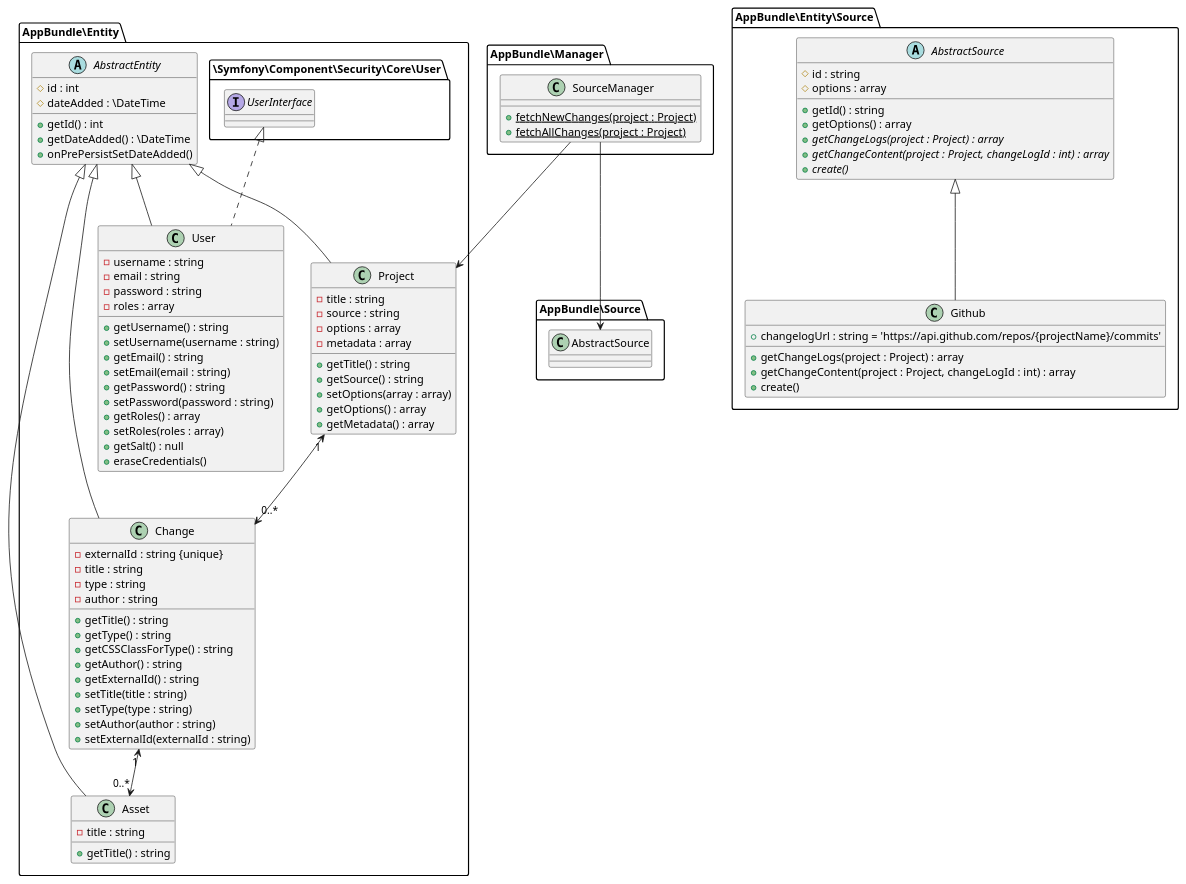
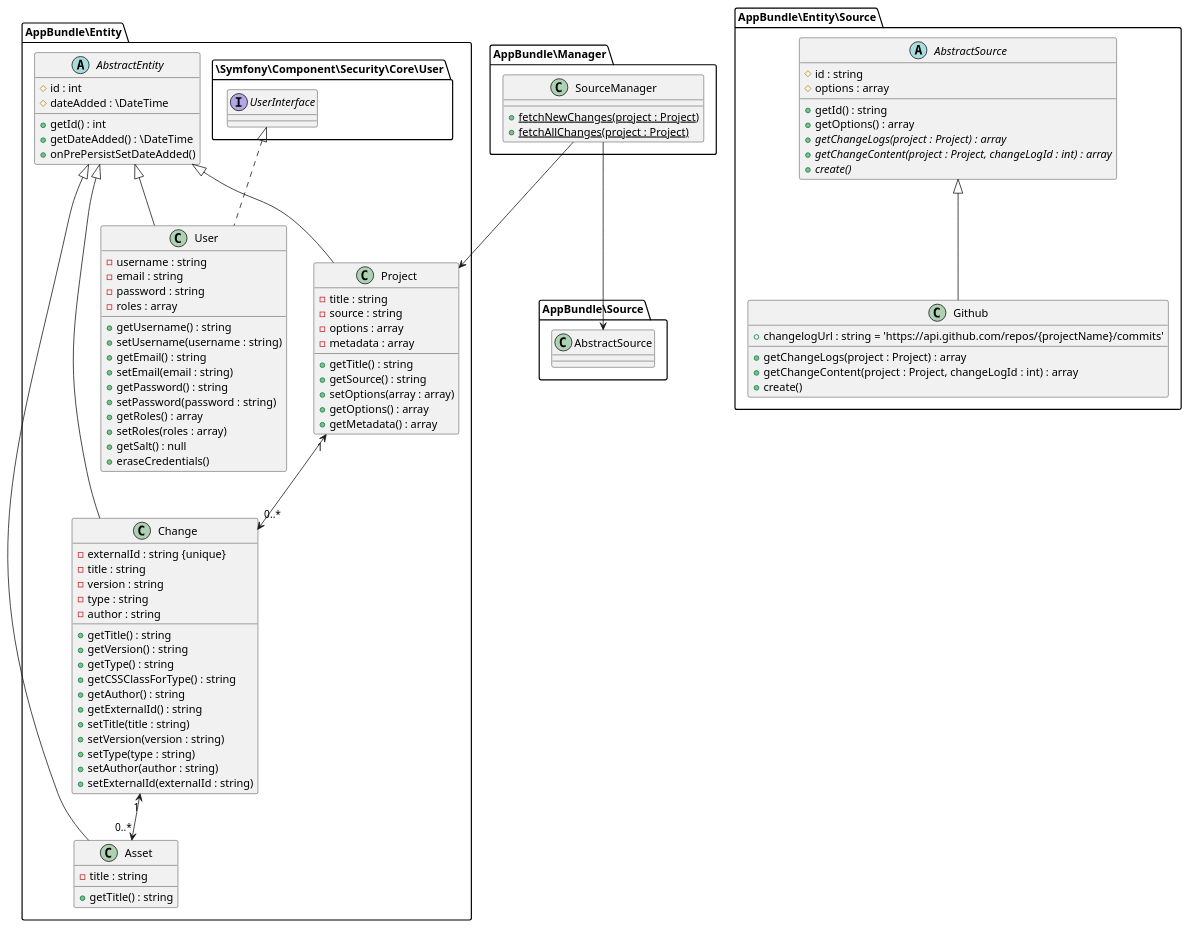
The diagram in src/AppBundle/Documentation/entities.puml (saitho/changebrowser), drawn with PlantUML before and after one commit. The commit also changed 2 other files, not shown here.

Commit message:
Revert: Removes version from Change entity

```diff
--- a/src/AppBundle/Documentation/entities.puml
+++ b/src/AppBundle/Documentation/entities.puml
@@ -1,91 +1,94 @@
 @startuml
 
 AppBundle\Manager.SourceManager --> AppBundle\Entity.Project
 AppBundle\Manager.SourceManager --> AppBundle\Source.AbstractSource
 
 namespace AppBundle\Manager {
     class SourceManager {
         + {static} fetchNewChanges(project : Project)
         + {static} fetchAllChanges(project : Project)
     }
 }
 
 namespace AppBundle\Entity\Source {
     abstract class AbstractSource {
         # id : string
         # options : array
         + getId() : string
         + getOptions() : array
         {abstract} + getChangeLogs(project : Project) : array
         {abstract} + getChangeContent(project : Project, changeLogId : int) : array
         {abstract} + create()
     }
     class Github extends AbstractSource {
         + changelogUrl : string = 'https://api.github.com/repos/{projectName}/commits'
         + getChangeLogs(project : Project) : array
         + getChangeContent(project : Project, changeLogId : int) : array
         + create()
     }
 }
 
 namespace AppBundle\Entity {
     abstract class AbstractEntity {
         # id : int
         # dateAdded : \DateTime
         + getId() : int
         + getDateAdded() : \DateTime
         + onPrePersistSetDateAdded()
     }
     class Asset extends AbstractEntity {
         - title : string
         + getTitle() : string
     }
     class Change extends AbstractEntity {
         - externalId : string {unique}
         - title : string
+        - version : string
         - type : string
         - author : string
         + getTitle() : string
+        + getVersion() : string
         + getType() : string
         + getCSSClassForType() : string
         + getAuthor() : string
         + getExternalId() : string
         + setTitle(title : string)
+        + setVersion(version : string)
         + setType(type : string)
         + setAuthor(author : string)
         + setExternalId(externalId : string)
     }
     class Project extends AbstractEntity {
         - title : string
         - source : string
         - options : array
         - metadata : array
         + getTitle() : string
         + getSource() : string
         + setOptions(array : array)
         + getOptions() : array
         + getMetadata() : array
     }
     class User extends AbstractEntity implements \Symfony\Component\Security\Core\User.UserInterface {
         - username : string
         - email : string
         - password : string
         - roles : array
         + getUsername() : string
         + setUsername(username : string)
         + getEmail() : string
         + setEmail(email : string)
         + getPassword() : string
         + setPassword(password : string)
         + getRoles() : array
         + setRoles(roles : array)
         + getSalt() : null
         + eraseCredentials()
     }
 
     Change "1" <--> "0..*" Asset
     Project "1" <--> "0..*" Change
 }
 
 
 @enduml
```
